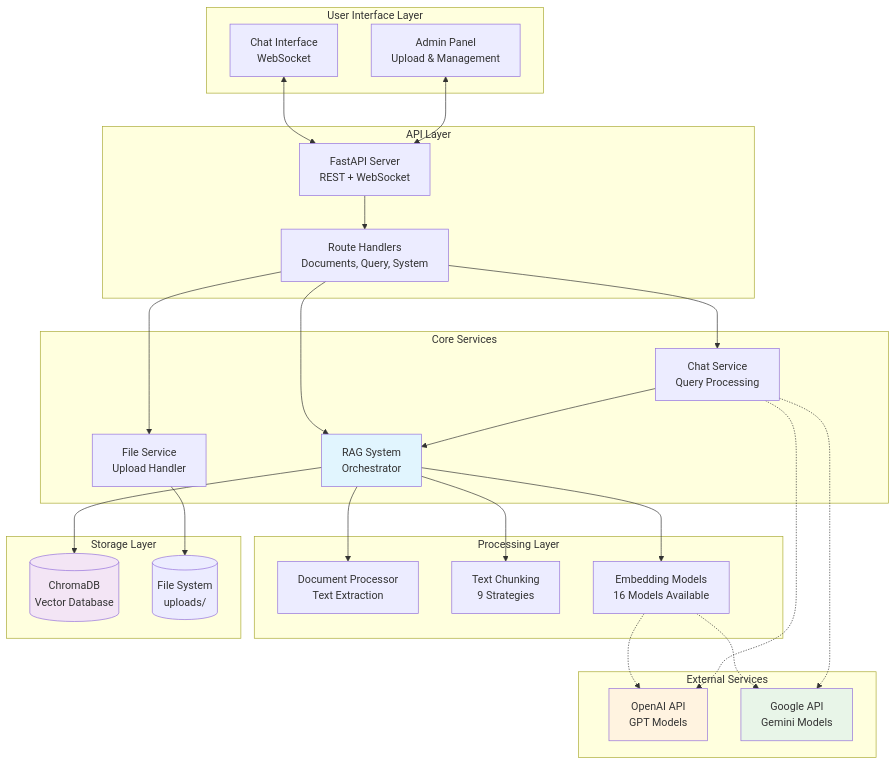
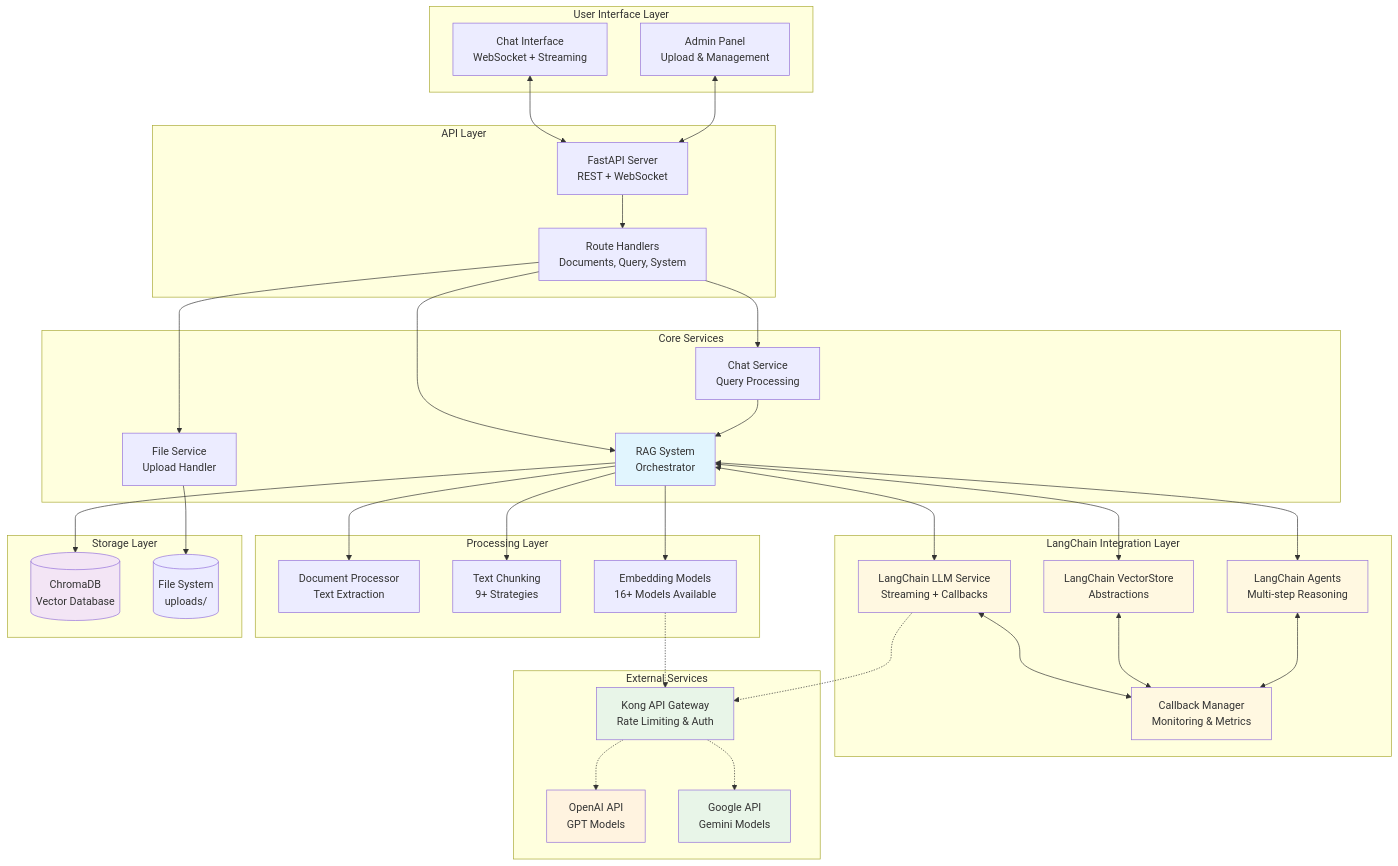
One commit to hmunjuluri05/custom-rag changed the first of 4 diagrams in README.md. Above: the diagram before and after it, drawn with Mermaid. The commit also changed other lines of this file, not shown here.

````diff
--- a/README.md
+++ b/README.md
@@ -17,59 +26,79 @@
 ```mermaid
 graph TB
     subgraph "User Interface Layer"
-        UI1[Chat Interface<br/>WebSocket]
+        UI1[Chat Interface<br/>WebSocket + Streaming]
         UI2[Admin Panel<br/>Upload & Management]
     end
 
     subgraph "API Layer"
         API1[FastAPI Server<br/>REST + WebSocket]
         API2[Route Handlers<br/>Documents, Query, System]
+    end
+
+    subgraph "LangChain Integration Layer"
+        LC1[LangChain LLM Service<br/>Streaming + Callbacks]
+        LC2[LangChain VectorStore<br/>Abstractions]
+        LC3[LangChain Agents<br/>Multi-step Reasoning]
+        LC4[Callback Manager<br/>Monitoring & Metrics]
     end
 
     subgraph "Core Services"
         RAG[RAG System<br/>Orchestrator]
         CHAT[Chat Service<br/>Query Processing]
         FILE[File Service<br/>Upload Handler]
     end
 
     subgraph "Processing Layer"
         DOC[Document Processor<br/>Text Extraction]
-        CHUNK[Text Chunking<br/>9 Strategies]
-        EMB[Embedding Models<br/>16 Models Available]
+        CHUNK[Text Chunking<br/>9+ Strategies]
+        EMB[Embedding Models<br/>16+ Models Available]
     end
 
     subgraph "Storage Layer"
         VDB[(ChromaDB<br/>Vector Database)]
         FS[(File System<br/>uploads/)]
     end
 
     subgraph "External Services"
+        KONG[Kong API Gateway<br/>Rate Limiting & Auth]
         OPENAI[OpenAI API<br/>GPT Models]
         GOOGLE[Google API<br/>Gemini Models]
     end
 
     UI1 <--> API1
     UI2 <--> API1
     API1 --> API2
     API2 --> RAG
     API2 --> CHAT
     API2 --> FILE
 
+    RAG <--> LC1
+    RAG <--> LC2
+    RAG <--> LC3
+    LC1 <--> LC4
+    LC2 <--> LC4
+    LC3 <--> LC4
+
     RAG --> DOC
     RAG --> CHUNK
     RAG --> EMB
     RAG --> VDB
 
     FILE --> FS
     CHAT --> RAG
 
-    EMB -.-> OPENAI
-    EMB -.-> GOOGLE
-    CHAT -.-> OPENAI
-    CHAT -.-> GOOGLE
+    LC1 -.-> KONG
+    EMB -.-> KONG
+    KONG -.-> OPENAI
+    KONG -.-> GOOGLE
 
     style RAG fill:#e1f5fe
     style VDB fill:#f3e5f5
+    style LC1 fill:#fff8e1
+    style LC2 fill:#fff8e1
+    style LC3 fill:#fff8e1
+    style LC4 fill:#fff8e1
+    style KONG fill:#e8f5e8
     style OPENAI fill:#fff3e0
     style GOOGLE fill:#e8f5e8
 ```
````
